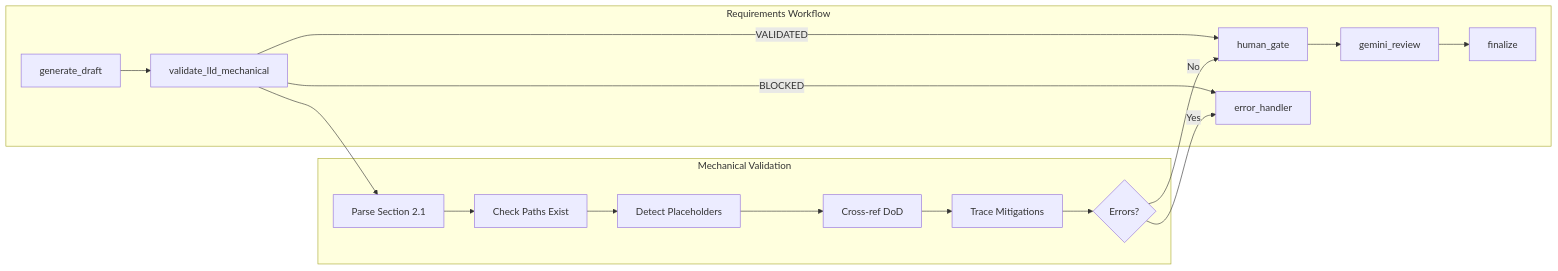
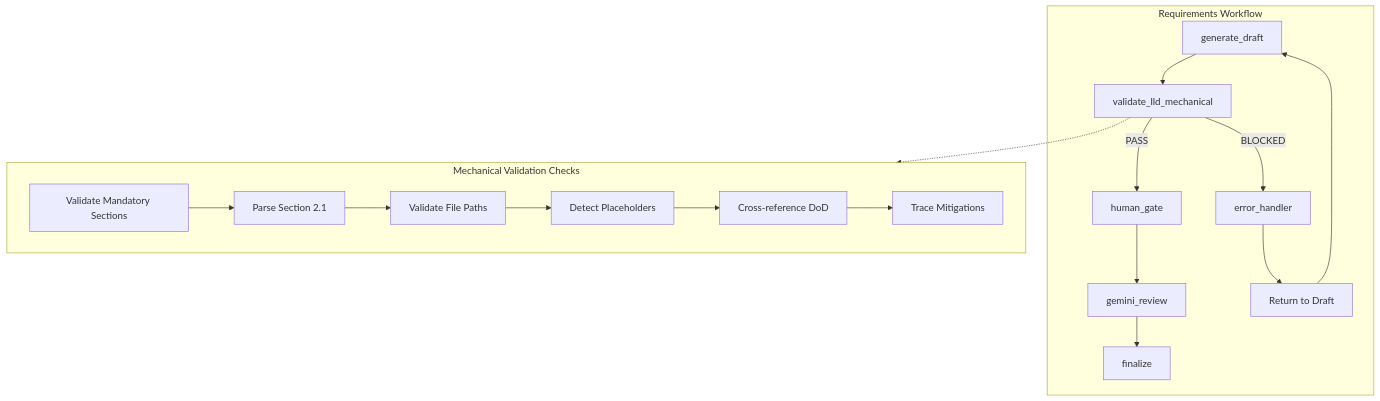
Before and after one commit to martymcenroe/AgentOS: the diagram in docs/lld/active/LLD-277.md, drawn with Mermaid. The commit also changed other lines of this file and 5 other files, not shown here.

First line of the commit message:
docs: add LLD-277 via requirements workflow

````diff
--- a/docs/lld/active/LLD-277.md
+++ b/docs/lld/active/LLD-277.md
@@ -263,21 +343,24 @@
 ```mermaid
-flowchart LR
-    subgraph "Requirements Workflow"
+flowchart TD
+    subgraph Workflow["Requirements Workflow"]
         A[generate_draft] --> B[validate_lld_mechanical]
-        B -->|VALIDATED| C[human_gate]
-        B -->|BLOCKED| D[error_handler]
-        C --> E[gemini_review]
-        E --> F[finalize]
+        B -->|PASS| C[human_gate]
+        B -->|BLOCKED| E[error_handler]
+        C --> D[gemini_review]
+        D --> F[finalize]
+        E --> G[Return to Draft]
+        G --> A
     end
-    
-    subgraph "Mechanical Validation"
-        B --> V1[Parse Section 2.1]
-        V1 --> V2[Check Paths Exist]
-        V2 --> V3[Detect Placeholders]
-        V3 --> V4[Cross-ref DoD]
-        V4 --> V5[Trace Mitigations]
-        V5 --> V6{Errors?}
-        V6 -->|Yes| D
-        V6 -->|No| C
+
+    subgraph Validation["Mechanical Validation Checks"]
+        V0[Validate Mandatory Sections]
+        V1[Parse Section 2.1]
+        V2[Validate File Paths]
+        V3[Detect Placeholders]
+        V4[Cross-reference DoD]
+        V5[Trace Mitigations]
+        V0 --> V1 --> V2 --> V3 --> V4 --> V5
     end
+
+    B -.-> Validation
 ```
````
